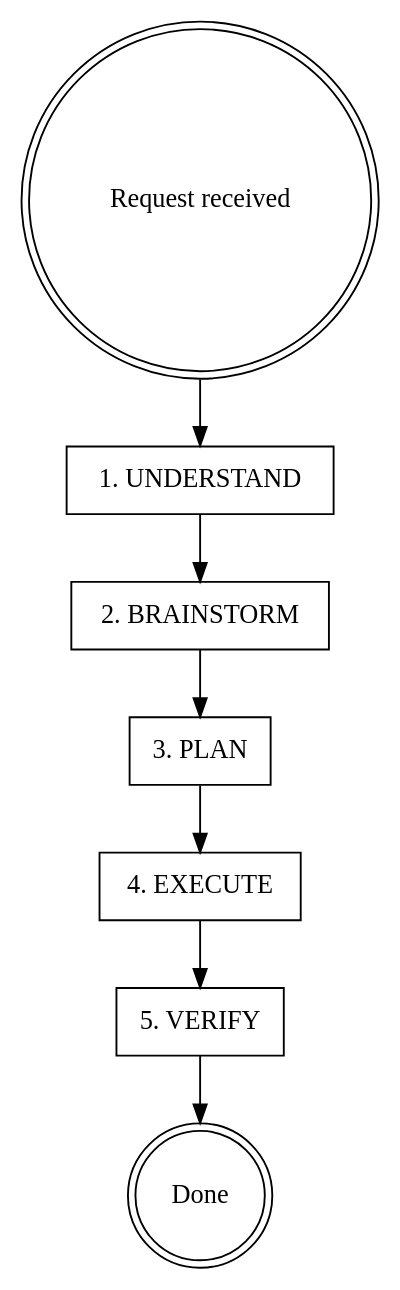
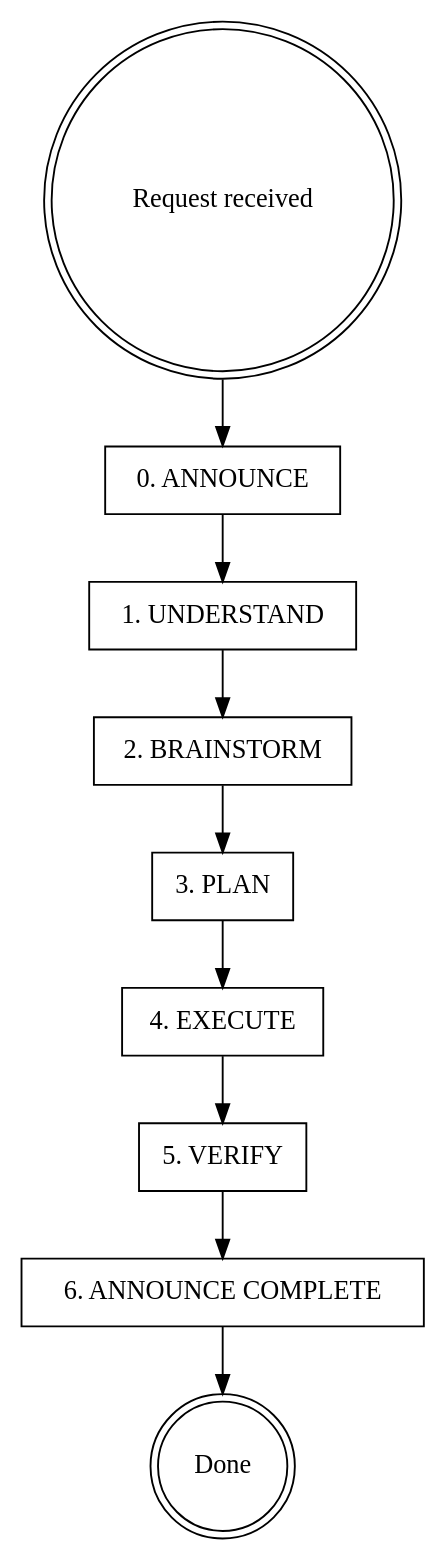
Before and after one commit to Kevcheezy/tiktok-creator-app: the diagram in .claude/skills/backend-developer/SKILL.md, drawn with Graphviz. The commit also changed other lines of this file and 1 other file, not shown here.

````diff
--- a/.claude/skills/backend-developer/SKILL.md
+++ b/.claude/skills/backend-developer/SKILL.md
@@ -12,18 +25,22 @@
 ```dot
 digraph backend_workflow {
     "Request received" [shape=doublecircle];
+    "0. ANNOUNCE" [shape=box];
     "1. UNDERSTAND" [shape=box];
     "2. BRAINSTORM" [shape=box];
     "3. PLAN" [shape=box];
     "4. EXECUTE" [shape=box];
     "5. VERIFY" [shape=box];
+    "6. ANNOUNCE COMPLETE" [shape=box];
     "Done" [shape=doublecircle];
 
-    "Request received" -> "1. UNDERSTAND";
+    "Request received" -> "0. ANNOUNCE";
+    "0. ANNOUNCE" -> "1. UNDERSTAND";
     "1. UNDERSTAND" -> "2. BRAINSTORM";
     "2. BRAINSTORM" -> "3. PLAN";
     "3. PLAN" -> "4. EXECUTE";
     "4. EXECUTE" -> "5. VERIFY";
-    "5. VERIFY" -> "Done";
+    "5. VERIFY" -> "6. ANNOUNCE COMPLETE";
+    "6. ANNOUNCE COMPLETE" -> "Done";
 }
 ```
````
